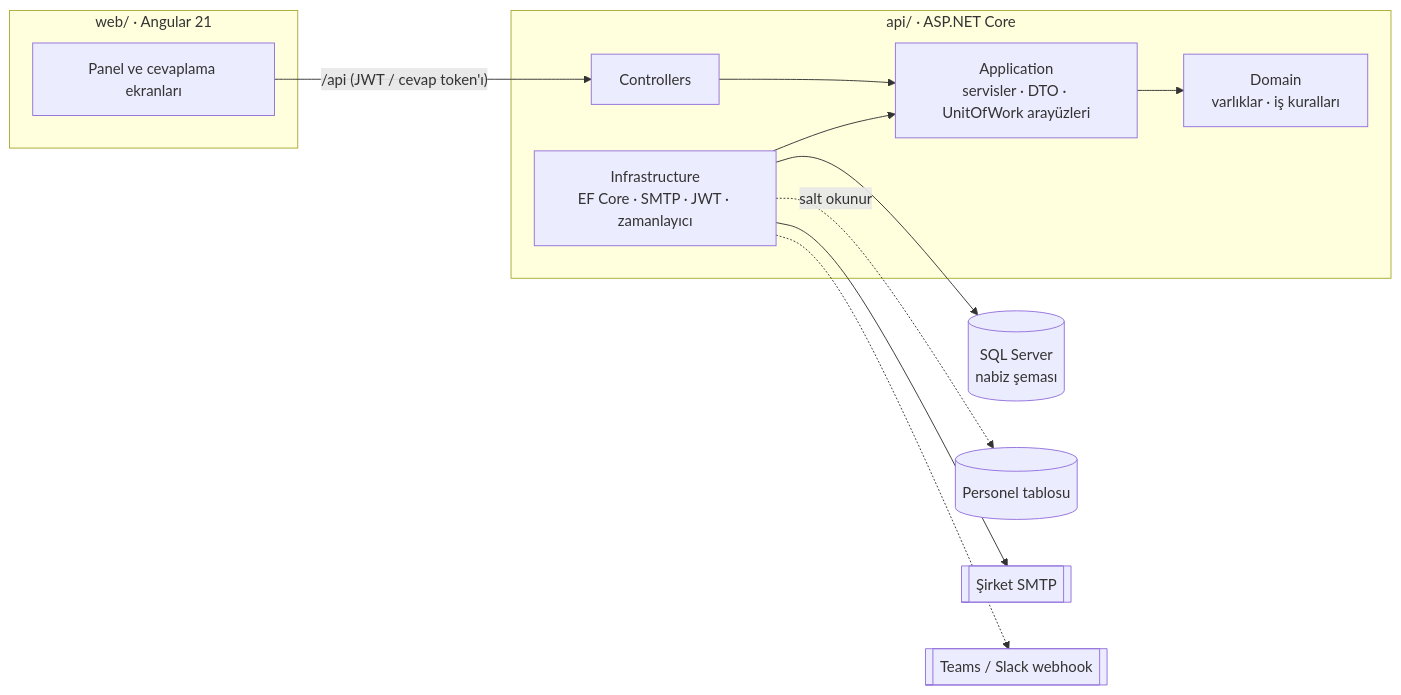
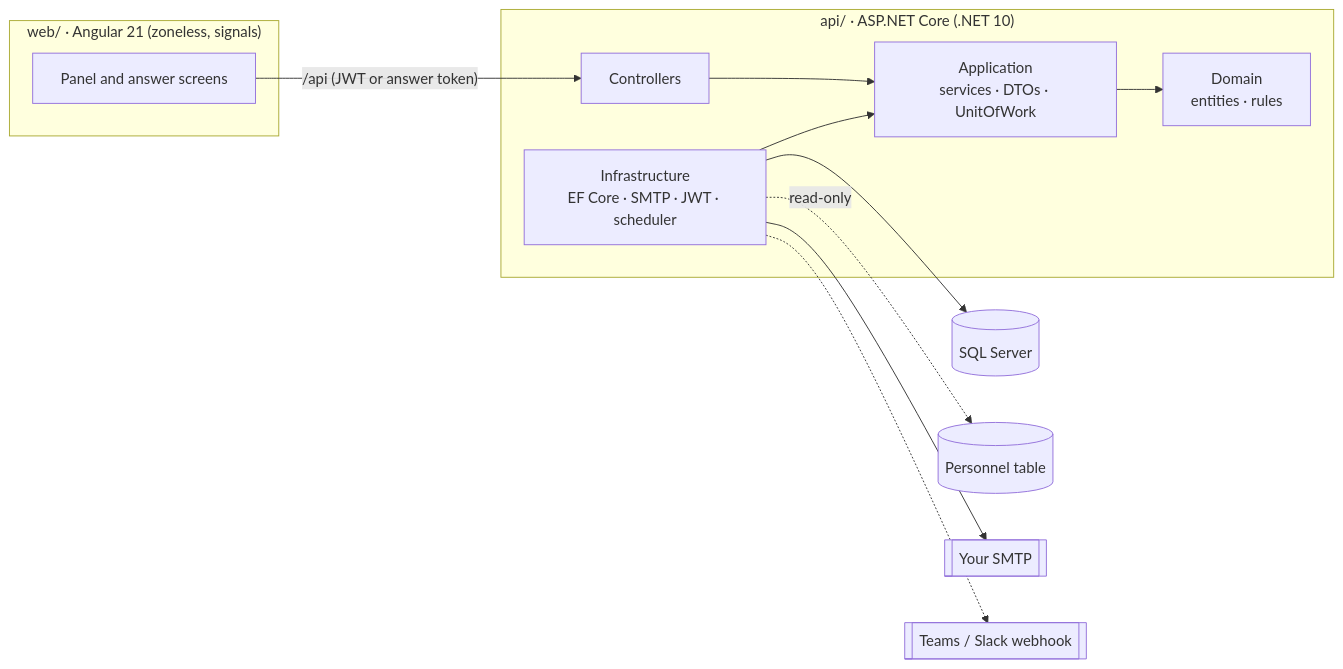
The diagram in README.md (ozkurtomer/Nabiz), drawn with Mermaid before and after one commit. The commit also changed other lines of this file and 7 other files, not shown here.

````diff
--- a/README.md
+++ b/README.md
@@ -92,16 +135,16 @@
 ```mermaid
 flowchart LR
-    subgraph Web["web/ · Angular 21"]
-        UI[Panel ve cevaplama ekranları]
+    subgraph Web["web/ · Angular 21 (zoneless, signals)"]
+        UI[Panel and answer screens]
     end
-    subgraph API["api/ · ASP.NET Core"]
-        C[Controllers] --> A[Application\nservisler · DTO · UnitOfWork arayüzleri]
-        A --> D[Domain\nvarlıklar · iş kuralları]
-        I[Infrastructure\nEF Core · SMTP · JWT · zamanlayıcı] --> A
+    subgraph API["api/ · ASP.NET Core (.NET 10)"]
+        C[Controllers] --> A[Application\nservices · DTOs · UnitOfWork]
+        A --> D[Domain\nentities · rules]
+        I[Infrastructure\nEF Core · SMTP · JWT · scheduler] --> A
     end
-    UI -- "/api (JWT / cevap token'ı)" --> C
-    I --> DB[(SQL Server\nnabiz şeması)]
-    I -. "salt okunur" .-> P[(Personel tablosu)]
-    I --> SMTP[[Şirket SMTP]]
+    UI -- "/api (JWT or answer token)" --> C
+    I --> DB[(SQL Server)]
+    I -. "read-only" .-> P[(Personnel table)]
+    I --> SMTP[[Your SMTP]]
     I -.-> WH[[Teams / Slack webhook]]
 ```
````
